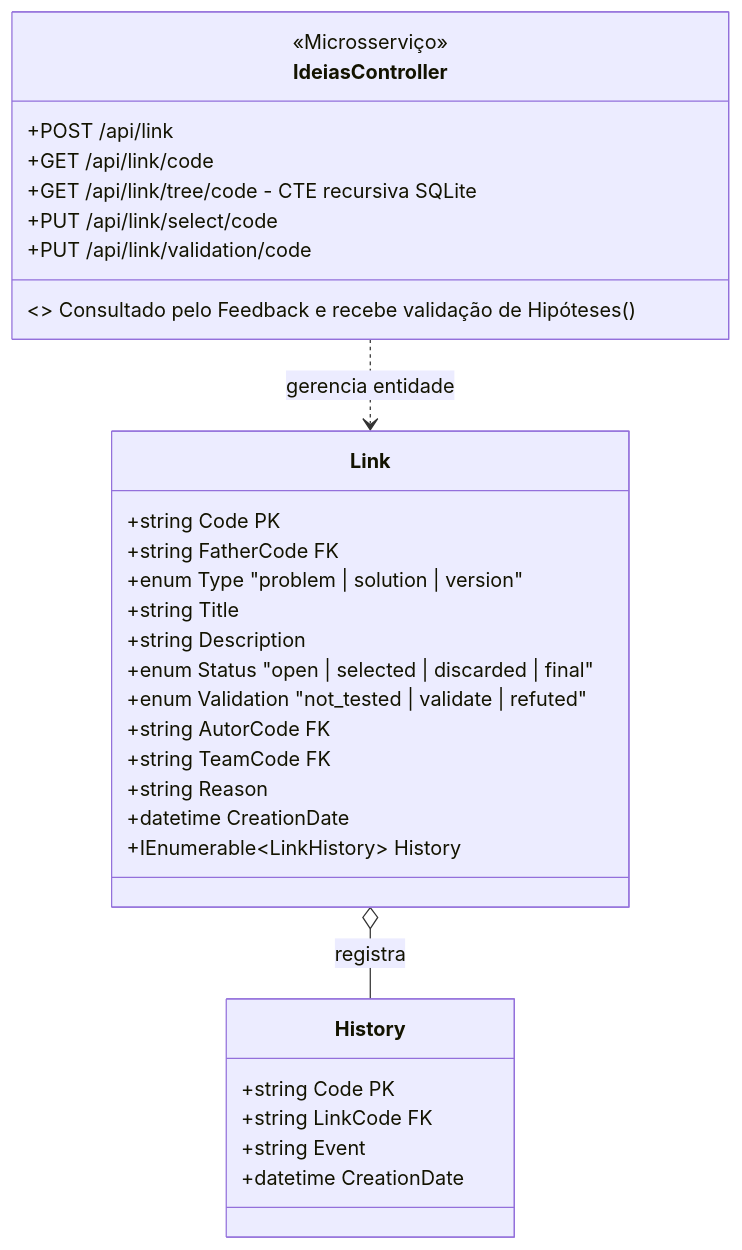
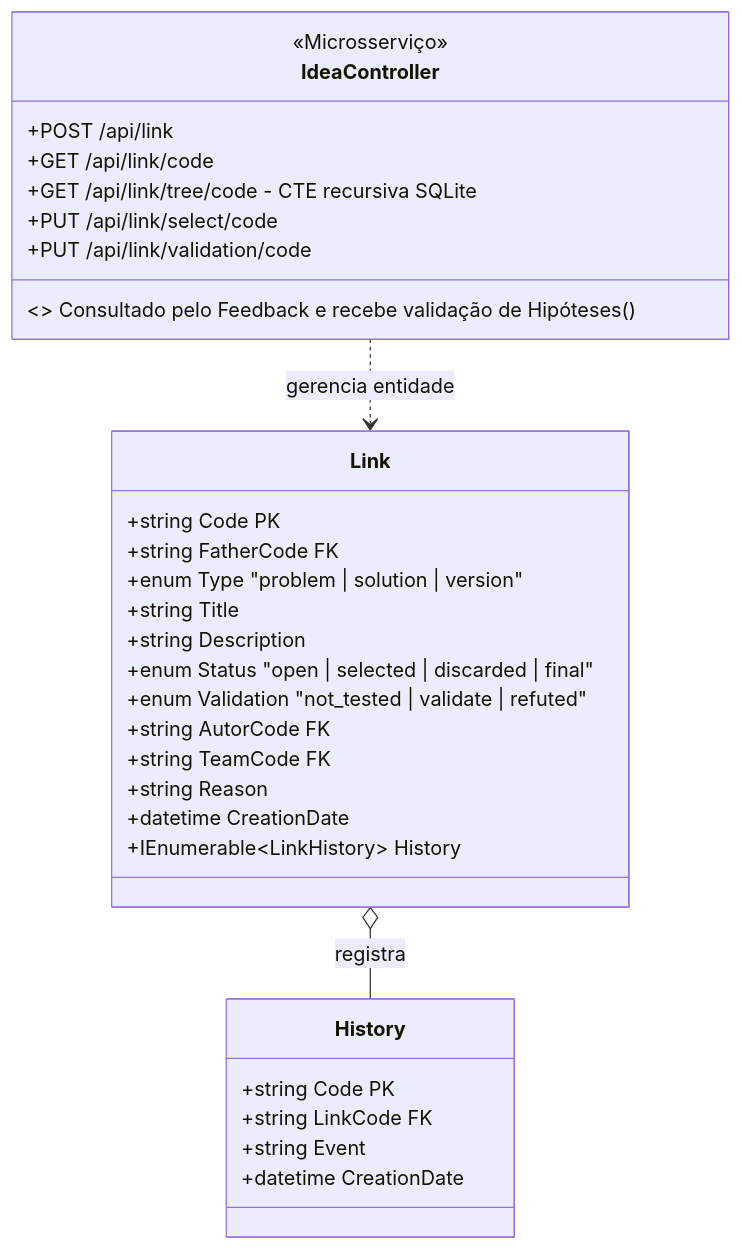
One commit to thales-vaz-sousa/Branchstorm changed the fourth of 7 diagrams in README.md. Above: the diagram before and after it, drawn with Mermaid. The commit also changed other lines of this file, not shown here.

````diff
--- a/README.md
+++ b/README.md
@@ -132,38 +132,38 @@
 ```mermaid
 classDiagram
-    class IdeiasController {
+    class IdeaController {
         <<Microsserviço>>
         +POST /api/link
         +GET /api/link/code
         +GET /api/link/tree/code - CTE recursiva SQLite
         +PUT /api/link/select/code
         +PUT /api/link/validation/code
 
         <> Consultado pelo Feedback e recebe validação de Hipóteses ()
     }
 
     class Link {
         +string Code PK
         +string FatherCode FK
         +enum Type "problem | solution | version"
         +string Title
         +string Description
         +enum Status "open | selected | discarded | final"
         +enum Validation "not_tested | validate | refuted"
         +string AutorCode FK
         +string TeamCode FK
         +string Reason
         +datetime CreationDate
         +IEnumerable~LinkHistory~ History
     }
 
     class History {
         +string Code PK
         +string LinkCode FK
         +string Event
         +datetime CreationDate
     }
 
-    IdeiasController ..> Link : gerencia entidade
+    IdeaController ..> Link : gerencia entidade
     Link o-- History : registra
 ```
````
